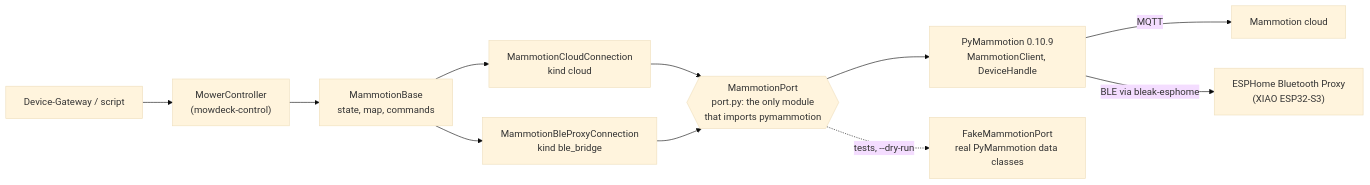
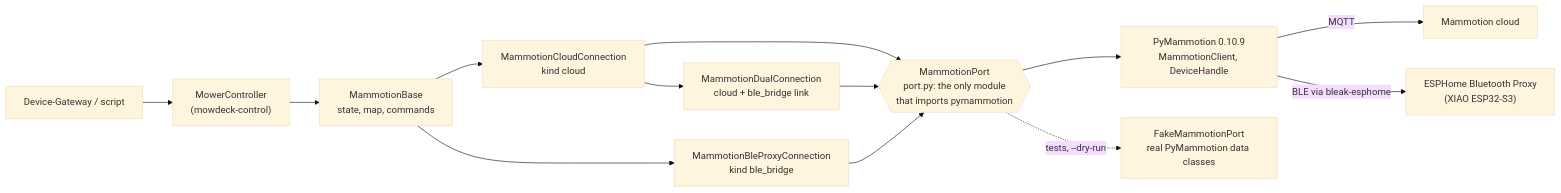
The diagram in libs/mowdeck-control-mammotion/README.md (lukislp/mowdeck), drawn with Mermaid (base theme) before and after one commit. The commit also changed other lines of this file and 5 other files, not shown here.

First line of the commit message:
docs: ADR 0038 and the bridge, adapter and control guides for the dual link and firmware

````diff
--- a/libs/mowdeck-control-mammotion/README.md
+++ b/libs/mowdeck-control-mammotion/README.md
@@ -11,13 +11,15 @@
 ```mermaid
 flowchart LR
     gw["Device-Gateway / script"] --> ctl["MowerController<br/>(mowdeck-control)"]
     ctl --> base["MammotionBase<br/>state, map, commands"]
     base --> cloud["MammotionCloudConnection<br/>kind cloud"]
+    cloud --> dual["MammotionDualConnection<br/>cloud + ble_bridge link"]
     base --> ble["MammotionBleProxyConnection<br/>kind ble_bridge"]
     cloud --> port{{"MammotionPort<br/>port.py: the only module<br/>that imports pymammotion"}}
+    dual --> port
     ble --> port
     port --> pym["PyMammotion 0.10.9<br/>MammotionClient, DeviceHandle"]
     pym -->|MQTT| mcloud["Mammotion cloud"]
     pym -->|BLE via bleak-esphome| proxy["ESPHome Bluetooth Proxy<br/>(XIAO ESP32-S3)"]
     port -.tests, --dry-run.-> fake["FakeMammotionPort<br/>real PyMammotion data classes"]
 ```
````
